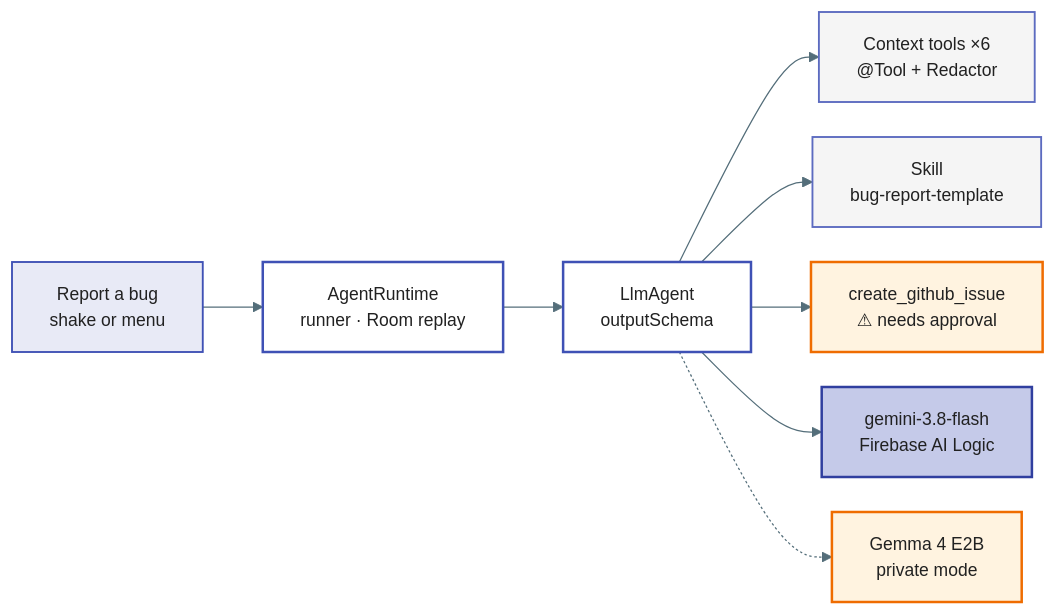
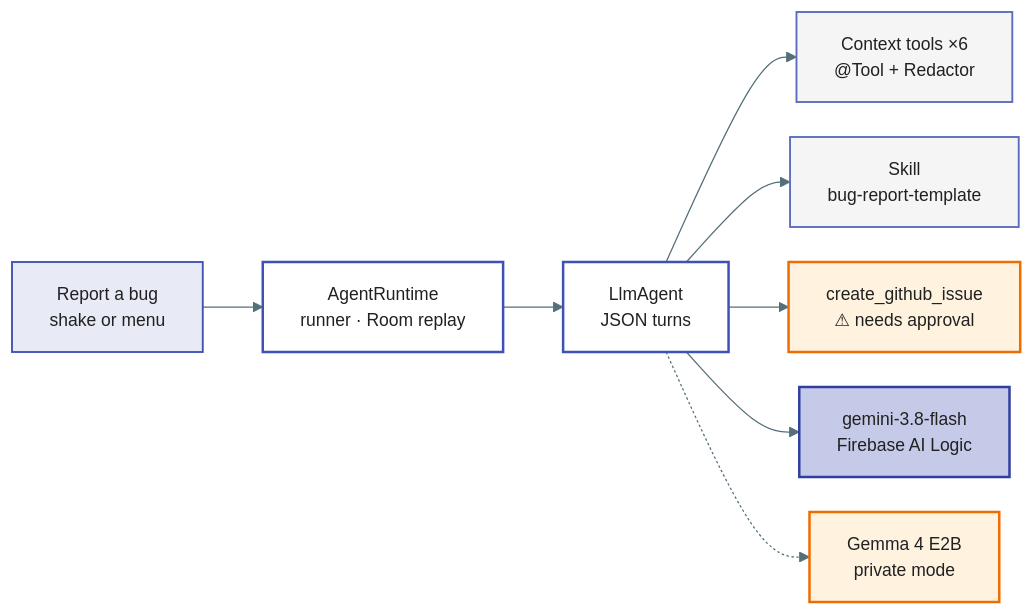
The first of 2 diagrams in README.md (ykro/cart-shop-demo), drawn with Mermaid before and after one commit. The commit also changed other lines of this file and 14 other files, not shown here.

````diff
--- a/README.md
+++ b/README.md
@@ -29,22 +29,22 @@
 ```mermaid
 %%{init: {'theme':'base','themeVariables': {'lineColor':'#546E7A','textColor':'#212121','edgeLabelBackground':'#FFFFFF','fontSize':'14px'},'flowchart': {'wrappingWidth': 260, 'nodeSpacing': 28, 'rankSpacing': 48}}}%%
 flowchart LR
   BR["Report a bug<br/>shake or menu"] --> RT["AgentRuntime<br/>runner · Room replay"]
-  RT --> AG["LlmAgent<br/>outputSchema"]
+  RT --> AG["LlmAgent<br/>JSON turns"]
   AG --> CT["Context tools ×6<br/>@Tool + Redactor"]
   AG --> SK["Skill<br/>bug-report-template"]
   AG --> GT["create_github_issue<br/>⚠︎ needs approval"]
   AG --> G["gemini-3.8-flash<br/>Firebase AI Logic"]
   AG -.-> L["Gemma 4 E2B<br/>private mode"]
 
   classDef ui fill:#E8EAF6,stroke:#3F51B5,stroke-width:1.5px,color:#212121
   classDef agent fill:#FFFFFF,stroke:#3F51B5,stroke-width:2px,color:#212121
   classDef tool fill:#F5F5F5,stroke:#5C6BC0,stroke-width:1.5px,color:#212121
   classDef model fill:#C5CAE9,stroke:#303F9F,stroke-width:2px,color:#212121
   classDef accent fill:#FFF3E0,stroke:#EF6C00,stroke-width:2px,color:#212121
   class BR ui
   class RT,AG agent
   class CT,SK tool
   class G model
   class GT,L accent
 ```
````
